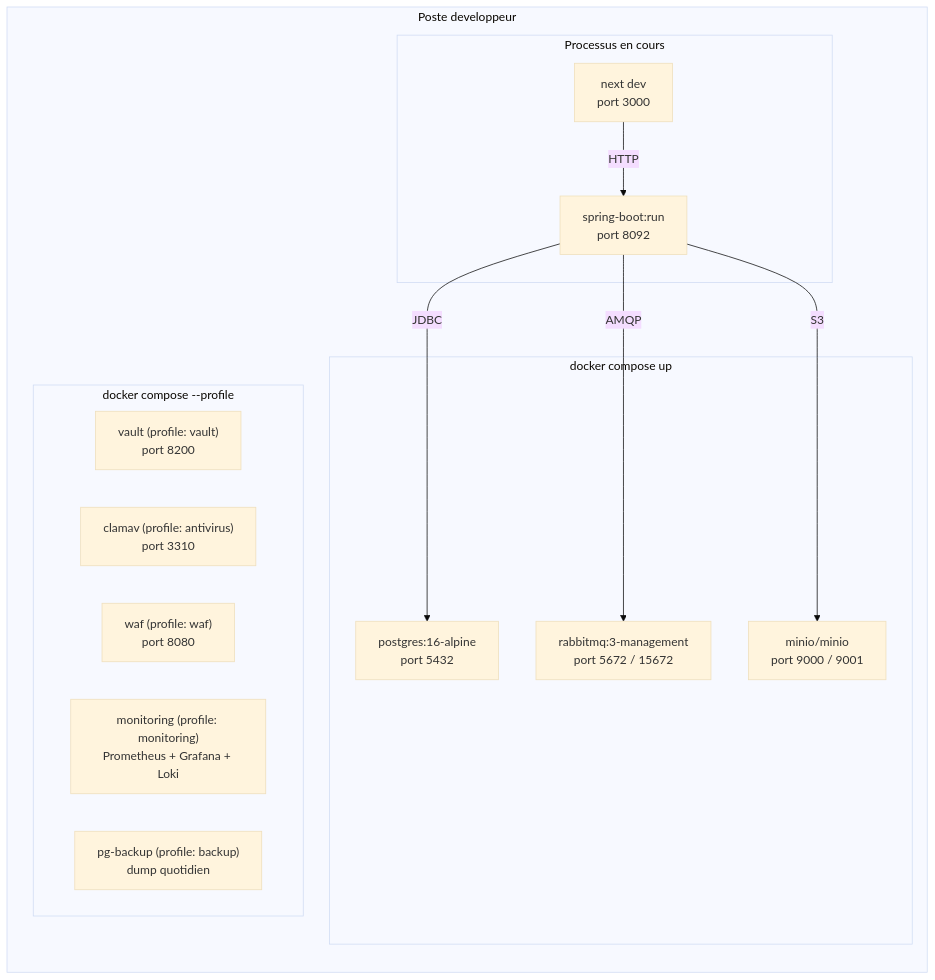
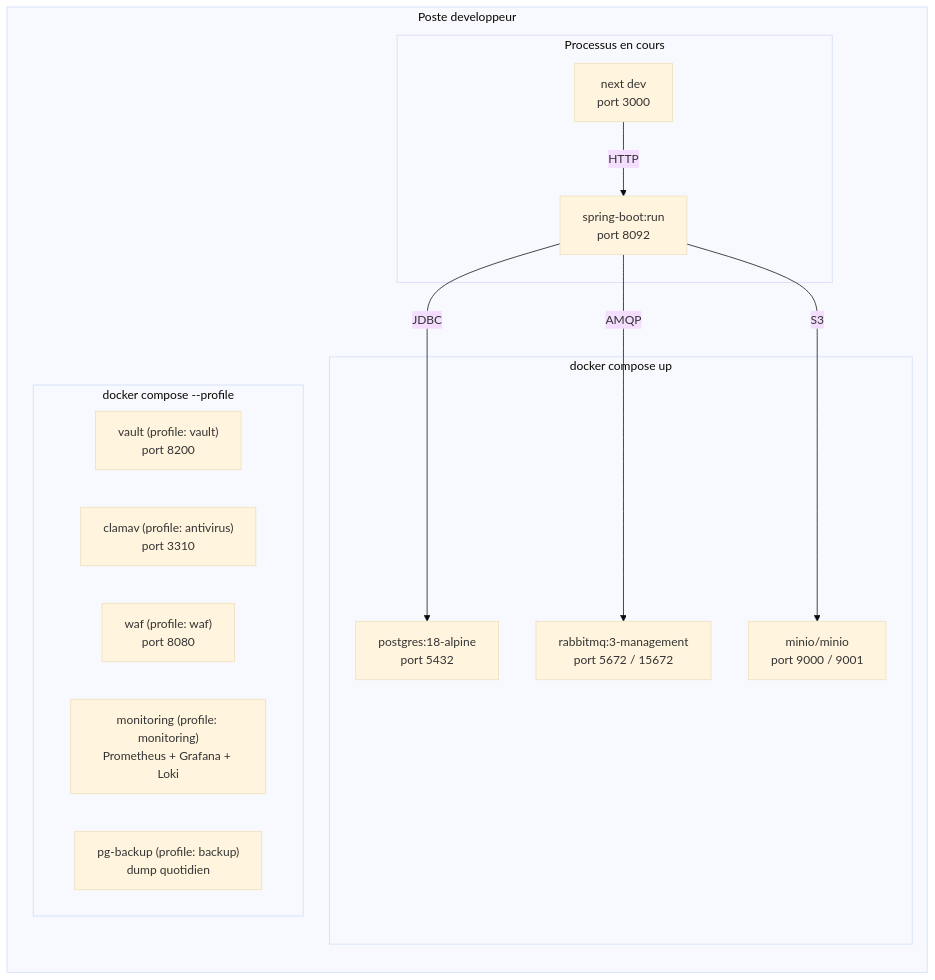
Before and after one commit to alpha65-web/-Moov-africa: the third of 4 diagrams in uml/diagramme-deploiement.md, drawn with Mermaid (base theme). The commit also changed other lines of this file and 12 other files, not shown here.

````diff
--- a/uml/diagramme-deploiement.md
+++ b/uml/diagramme-deploiement.md
@@ -136,26 +136,26 @@
 ```mermaid
 graph LR
     subgraph dev["Poste developpeur"]
         subgraph running["Processus en cours"]
             SB["spring-boot:run<br/>port 8092"]
             NX["next dev<br/>port 3000"]
         end
         subgraph containers["docker compose up"]
-            PG_C["postgres:16-alpine<br/>port 5432"]
+            PG_C["postgres:18-alpine<br/>port 5432"]
             RMQ_C["rabbitmq:3-management<br/>port 5672 / 15672"]
             MIN_C["minio/minio<br/>port 9000 / 9001"]
         end
         subgraph optional["docker compose --profile"]
             VAULT_C["vault (profile: vault)<br/>port 8200"]
             CLAM_C["clamav (profile: antivirus)<br/>port 3310"]
             WAF_C["waf (profile: waf)<br/>port 8080"]
             MON_C["monitoring (profile: monitoring)<br/>Prometheus + Grafana + Loki"]
             BAK_C["pg-backup (profile: backup)<br/>dump quotidien"]
         end
     end
 
     SB -->|JDBC| PG_C
     SB -->|AMQP| RMQ_C
     SB -->|S3| MIN_C
     NX -->|HTTP| SB
 ```
````
